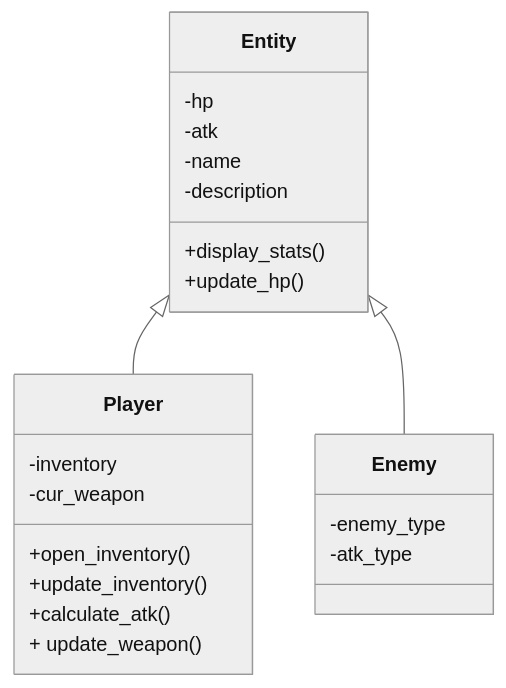
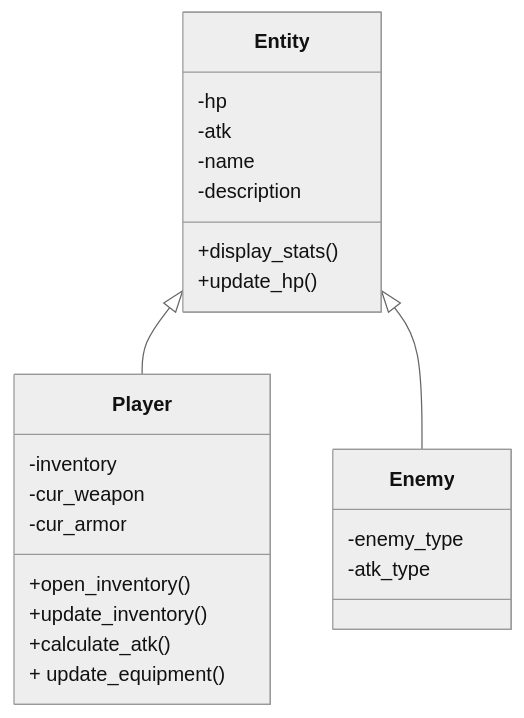
One commit to edward-yee-ny/j1-summary-project-private- changed the third of 3 diagrams in README.md. Above: the diagram before and after it, drawn with Mermaid (neutral theme).

Commit message:
Player class update

````diff
--- a/README.md
+++ b/README.md
@@ -92,19 +92,20 @@
 ```mermaid
 classDiagram
     Entity <|-- Player
     Entity <|-- Enemy
     Entity : -hp
     Entity : -atk
     Entity : -name
     Entity : -description
     Entity : +display_stats()
     Entity : +update_hp()
     Player : -inventory
     Player : -cur_weapon
+    Player : -cur_armor
     Player : +open_inventory()
     Player : +update_inventory()
     Player : +calculate_atk()
-    Player : + update_weapon()
+    Player : + update_equipment()
     Enemy : -enemy_type
     Enemy : -atk_type
 ```
````
